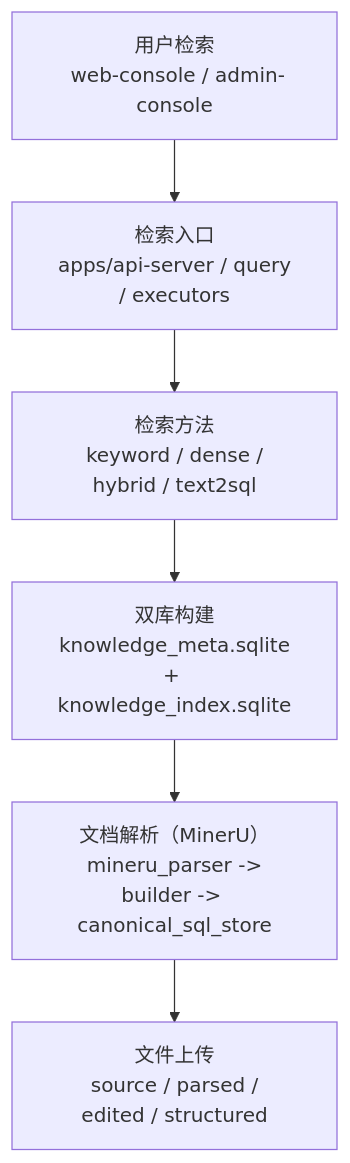
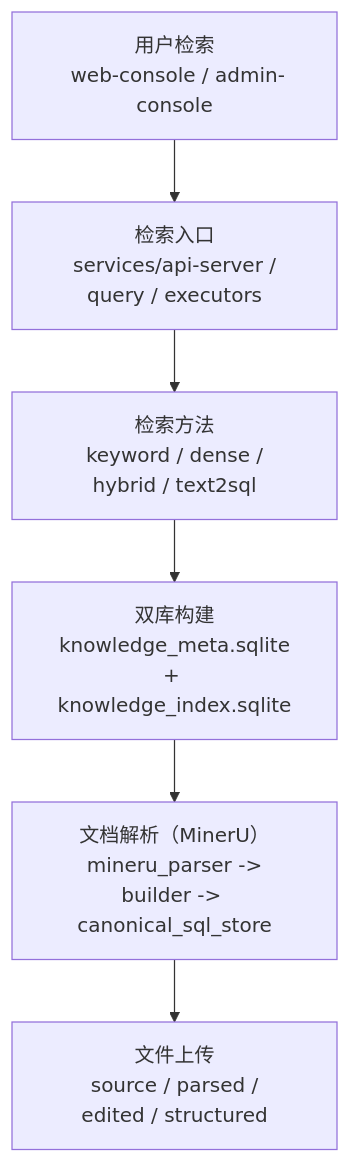
One commit to 0mao0/AnGIneer changed the second of 2 diagrams in README.md. Above: the diagram before and after it, drawn with Mermaid. The commit also changed other lines of this file and 29 other files, not shown here.

First line of the commit message:
refactor(api-server): move api-server from apps to services directory

````diff
--- a/README.md
+++ b/README.md
@@ -144,15 +144,15 @@
 ```mermaid
 flowchart TB
   User["用户检索\n web-console / admin-console"]
-  Query["检索入口\n apps/api-server / query / executors"]
+  Query["检索入口\n services/api-server / query / executors"]
   Retrieval["检索方法\n keyword / dense / hybrid / text2sql"]
   DualDB["双库构建\n knowledge_meta.sqlite + knowledge_index.sqlite"]
   Parse["文档解析（MinerU）\n mineru_parser -> builder -> canonical_sql_store"]
   Upload["文件上传\n source / parsed / edited / structured"]
 
   User --> Query
   Query --> Retrieval
   Retrieval --> DualDB
   DualDB --> Parse
   Parse --> Upload
 ```
````
